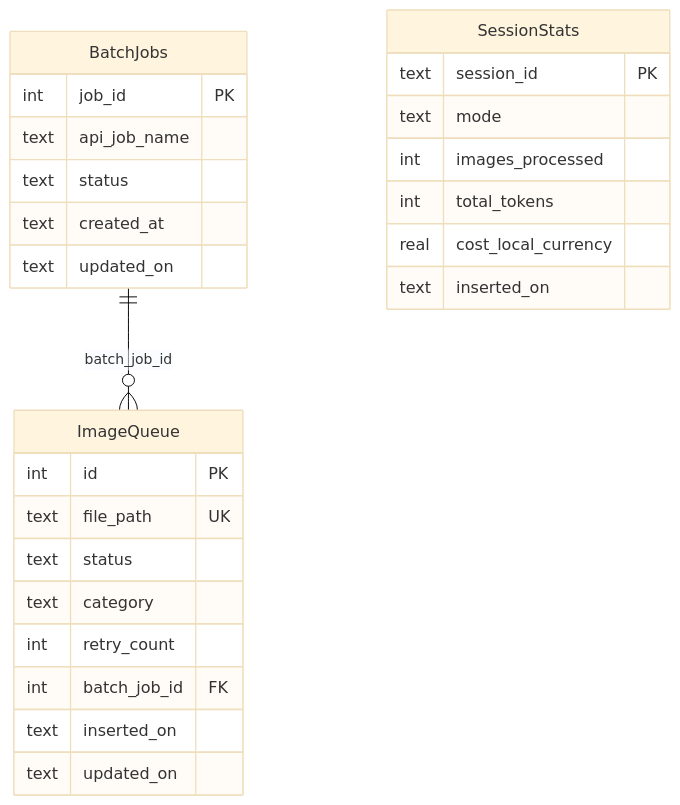
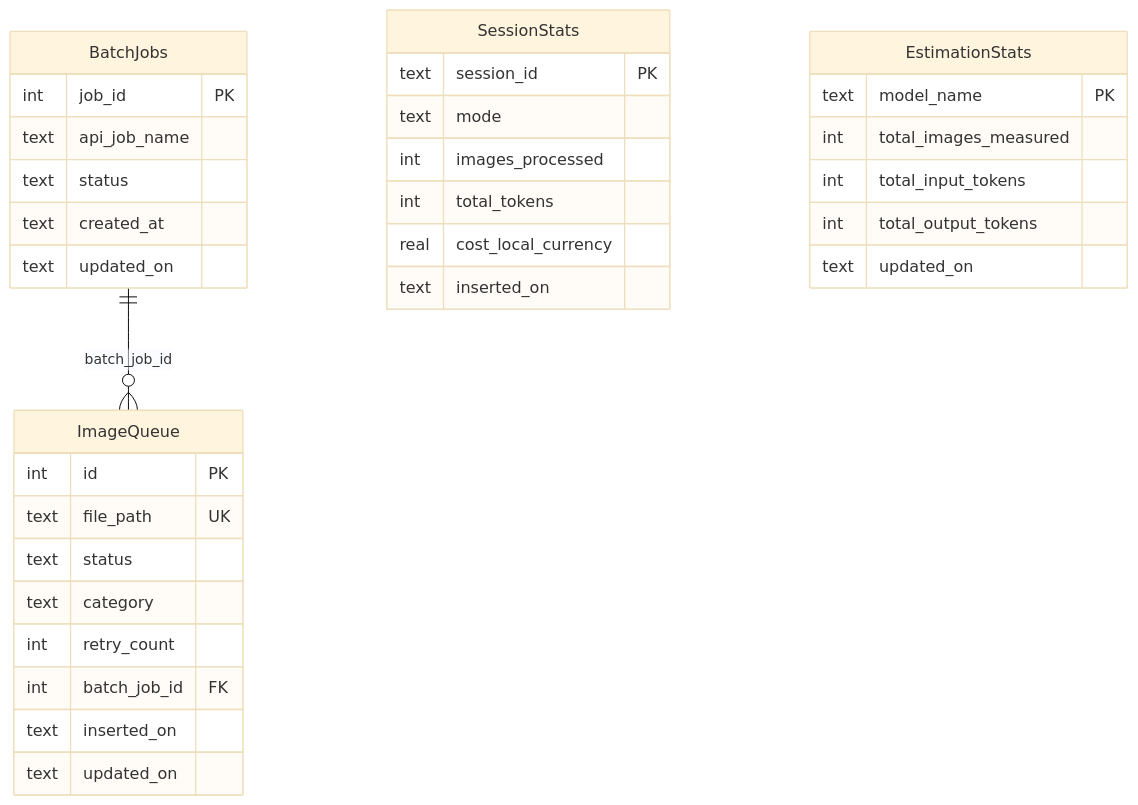
The fourth of 4 diagrams in docs/architecture.md (jadia/whatsapp_images_sort), drawn with Mermaid (base theme) before and after one commit. The commit also changed other lines of this file and 5 other files, not shown here.

````diff
--- a/docs/architecture.md
+++ b/docs/architecture.md
@@ -151,32 +164,40 @@
 ```mermaid
 erDiagram
     ImageQueue {
         int id PK
         text file_path UK
         text status
         text category
         int retry_count
         int batch_job_id FK
         text inserted_on
         text updated_on
     }
 
     BatchJobs {
         int job_id PK
         text api_job_name
         text status
         text created_at
         text updated_on
     }
 
     SessionStats {
         text session_id PK
         text mode
         int images_processed
         int total_tokens
         real cost_local_currency
         text inserted_on
     }
 
+    EstimationStats {
+        text model_name PK
+        int total_images_measured
+        int total_input_tokens
+        int total_output_tokens
+        text updated_on
+    }
+
     BatchJobs ||--o{ ImageQueue : "batch_job_id"
 ```
````
